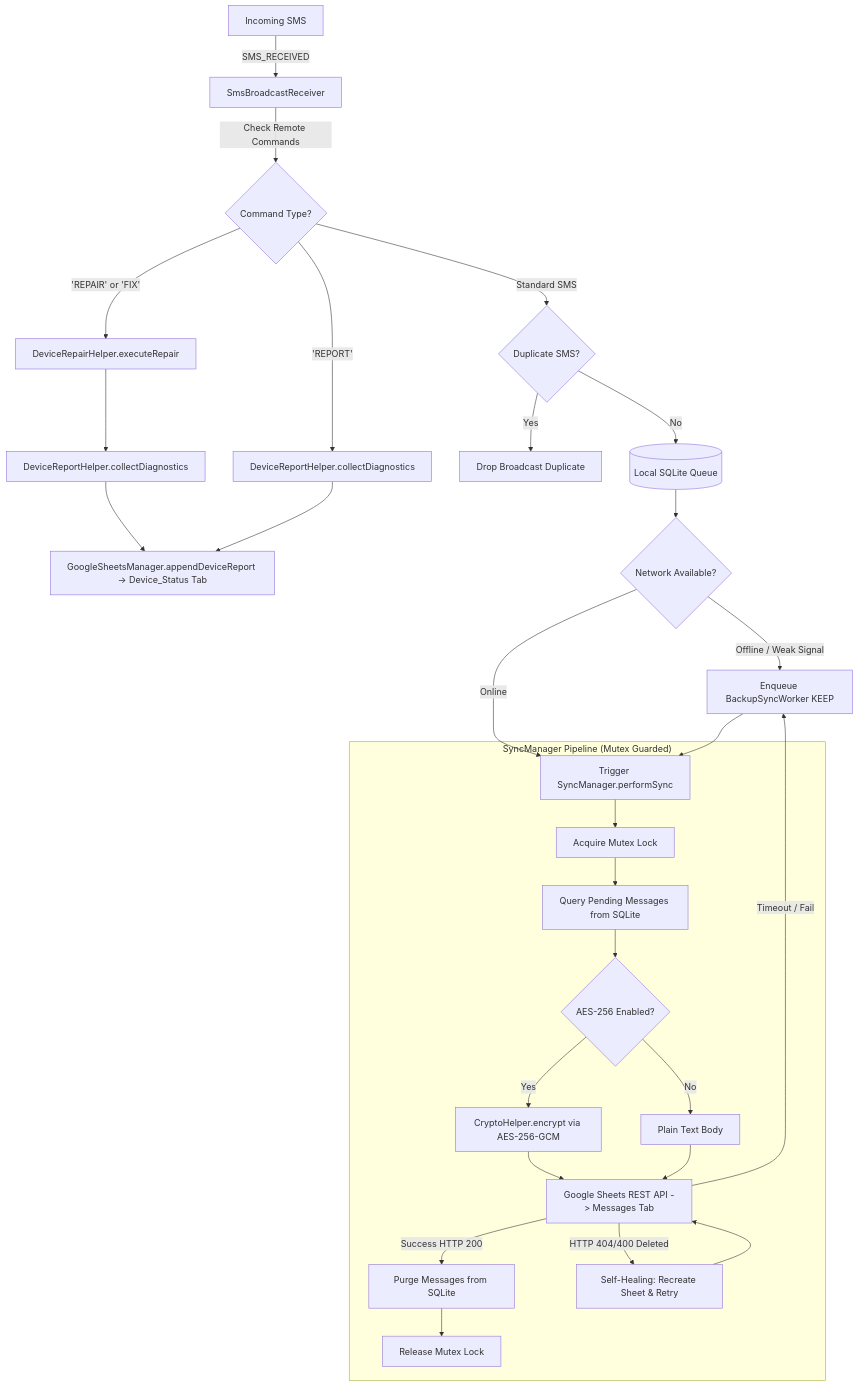
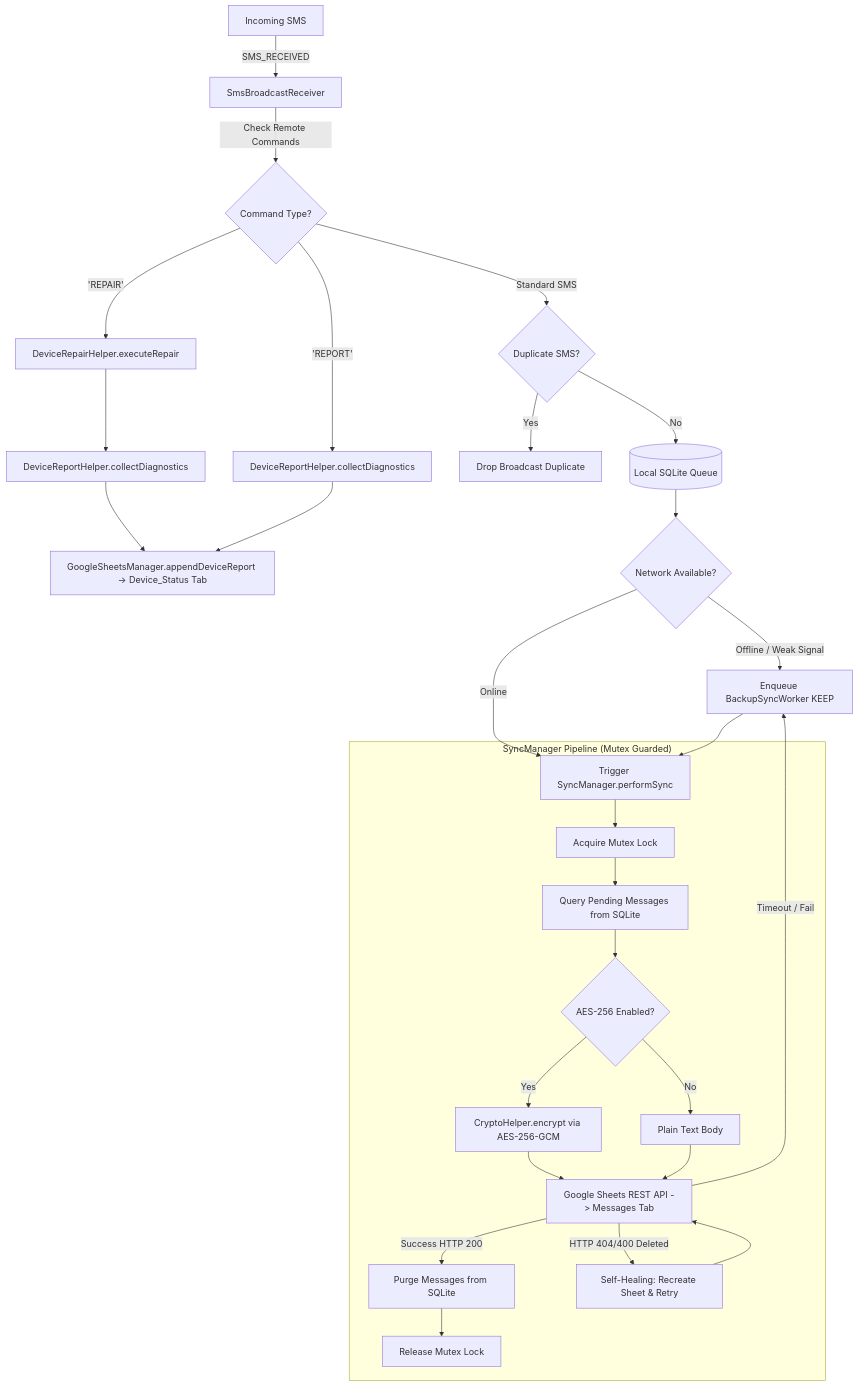
One commit to shivam1162/SMS_Forwarder changed the diagram in AGENTS.md. Above: the diagram before and after it, drawn with Mermaid. The commit also changed other lines of this file and 3 other files, not shown here.

````diff
--- a/AGENTS.md
+++ b/AGENTS.md
@@ -33,38 +43,38 @@
 ```mermaid
 flowchart TD
     SMS[Incoming SMS] -->|SMS_RECEIVED| BR[SmsBroadcastReceiver]
     
     BR -->|Check Remote Commands| CmdCheck{Command Type?}
-    CmdCheck -->|'REPAIR' or 'FIX'| Repair[DeviceRepairHelper.executeRepair]
+    CmdCheck -->|'REPAIR'| Repair[DeviceRepairHelper.executeRepair]
     Repair --> DiagUpdate[DeviceReportHelper.collectDiagnostics]
     DiagUpdate --> RepUpload[GoogleSheetsManager.appendDeviceReport -> Device_Status Tab]
     
     CmdCheck -->|'REPORT'| Diag[DeviceReportHelper.collectDiagnostics]
     Diag --> RepUpload
     
     CmdCheck -->|Standard SMS| DupCheck{Duplicate SMS?}
     DupCheck -->|Yes| Drop[Drop Broadcast Duplicate]
     DupCheck -->|No| DB[(Local SQLite Queue)]
     
     DB --> NetCheck{Network Available?}
     NetCheck -->|Offline / Weak Signal| WM[Enqueue BackupSyncWorker KEEP]
     NetCheck -->|Online| SyncReq[Trigger SyncManager.performSync]
     
     WM --> SyncReq
     
     subgraph Pipeline ["SyncManager Pipeline (Mutex Guarded)"]
         SyncReq --> Mutex[Acquire Mutex Lock]
         Mutex --> FetchPending[Query Pending Messages from SQLite]
         FetchPending --> EncCheck{AES-256 Enabled?}
         EncCheck -->|Yes| Crypto[CryptoHelper.encrypt via AES-256-GCM]
         EncCheck -->|No| Plain[Plain Text Body]
         Crypto --> Sheets[Google Sheets REST API -> Messages Tab]
         Plain --> Sheets
         Sheets -->|Success HTTP 200| Purge[Purge Messages from SQLite]
         Sheets -->|HTTP 404/400 Deleted| SelfHeal[Self-Healing: Recreate Sheet & Retry]
         SelfHeal --> Sheets
         Purge --> Release[Release Mutex Lock]
     end
     
     Sheets -->|Timeout / Fail| WM
 ```
````
